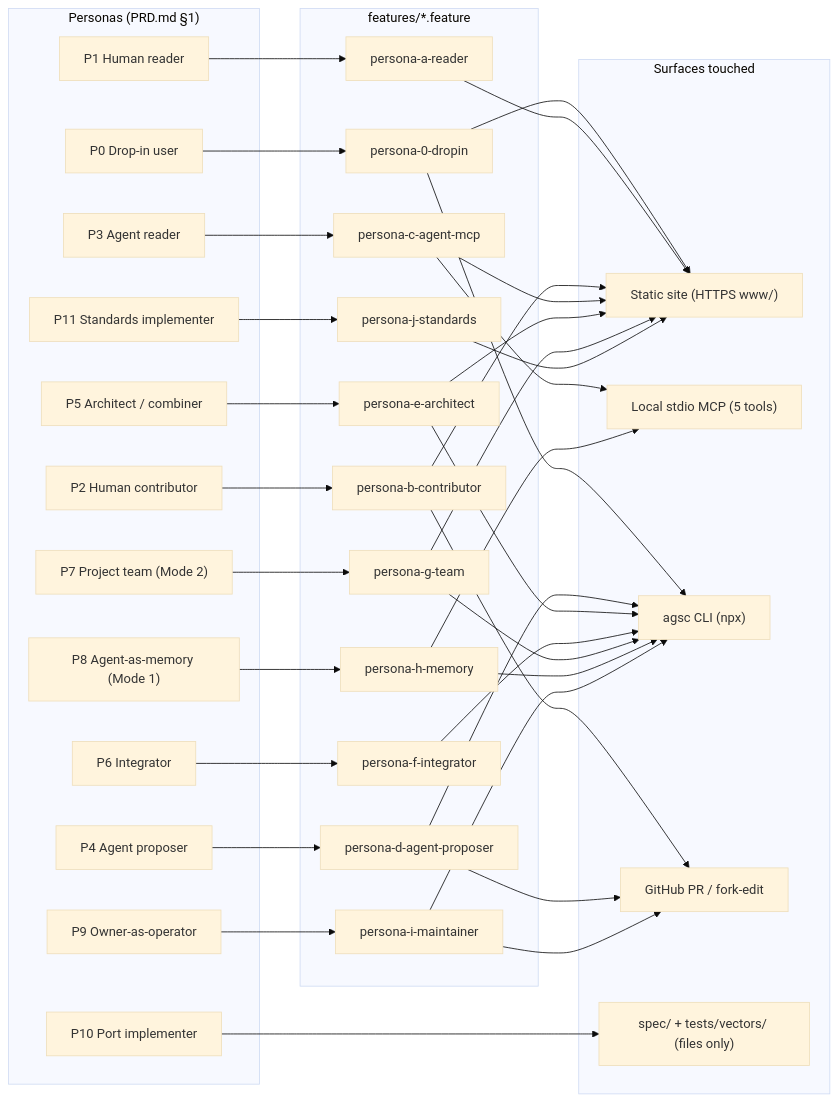
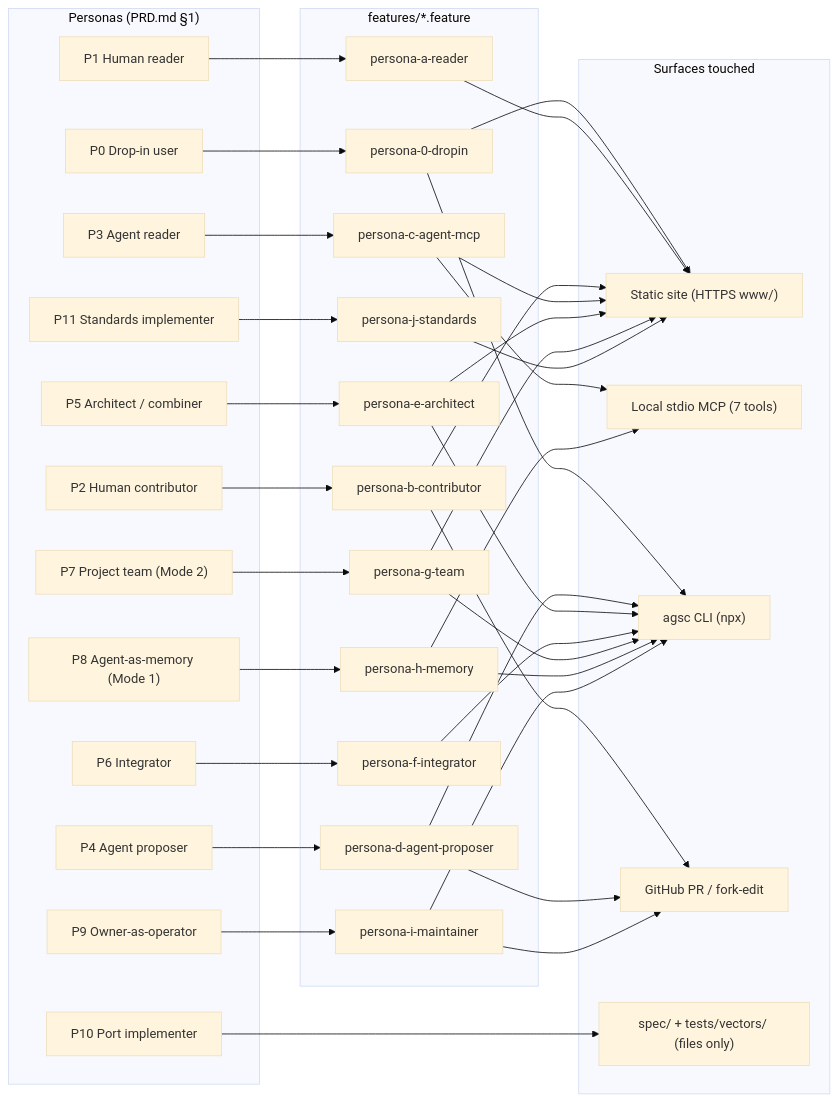
Before and after one commit to andreibesleaga/agentic-system-core: the diagram in docs/diagrams/scenario-map.md, drawn with Mermaid (base theme). The commit also changed 31 other files, not shown here.

````diff
--- a/docs/diagrams/scenario-map.md
+++ b/docs/diagrams/scenario-map.md
@@ -3,60 +3,60 @@
 ```mermaid
 flowchart LR
   subgraph PERSONAS["Personas (PRD.md §1)"]
     P0["P0 Drop-in user"]
     P1["P1 Human reader"]
     P2["P2 Human contributor"]
     P3["P3 Agent reader"]
     P4["P4 Agent proposer"]
     P5["P5 Architect / combiner"]
     P6["P6 Integrator"]
     P7["P7 Project team (Mode 2)"]
     P8["P8 Agent-as-memory (Mode 1)"]
     P9["P9 Owner-as-operator"]
     P10["P10 Port implementer"]
     P11["P11 Standards implementer"]
   end
 
   subgraph FEATURES["features/*.feature"]
     F0["persona-0-dropin"]
     Fa["persona-a-reader"]
     Fb["persona-b-contributor"]
     Fc["persona-c-agent-mcp"]
     Fd["persona-d-agent-proposer"]
     Fe["persona-e-architect"]
     Ff["persona-f-integrator"]
     Fg["persona-g-team"]
     Fh["persona-h-memory"]
     Fi["persona-i-maintainer"]
     Fj["persona-j-standards"]
   end
 
   subgraph SURFACES["Surfaces touched"]
     SITE["Static site (HTTPS www/)"]
-    MCP["Local stdio MCP (5 tools)"]
+    MCP["Local stdio MCP (7 tools)"]
     CLI["agsc CLI (npx)"]
     PR["GitHub PR / fork-edit"]
     FILES["spec/ + tests/vectors/ (files only)"]
   end
 
   P0 --> F0 --> CLI
   F0 --> SITE
   P1 --> Fa --> SITE
   P2 --> Fb --> SITE
   Fb --> PR
   P3 --> Fc --> MCP
   Fc --> SITE
   P4 --> Fd --> CLI
   Fd --> PR
   P5 --> Fe --> SITE
   Fe --> CLI
   P6 --> Ff --> CLI
   P7 --> Fg --> CLI
   Fg --> SITE
   P8 --> Fh --> CLI
   Fh --> MCP
   P9 --> Fi --> CLI
   Fi --> PR
   P10 --> FILES
   P11 --> Fj --> SITE
 ```
````
